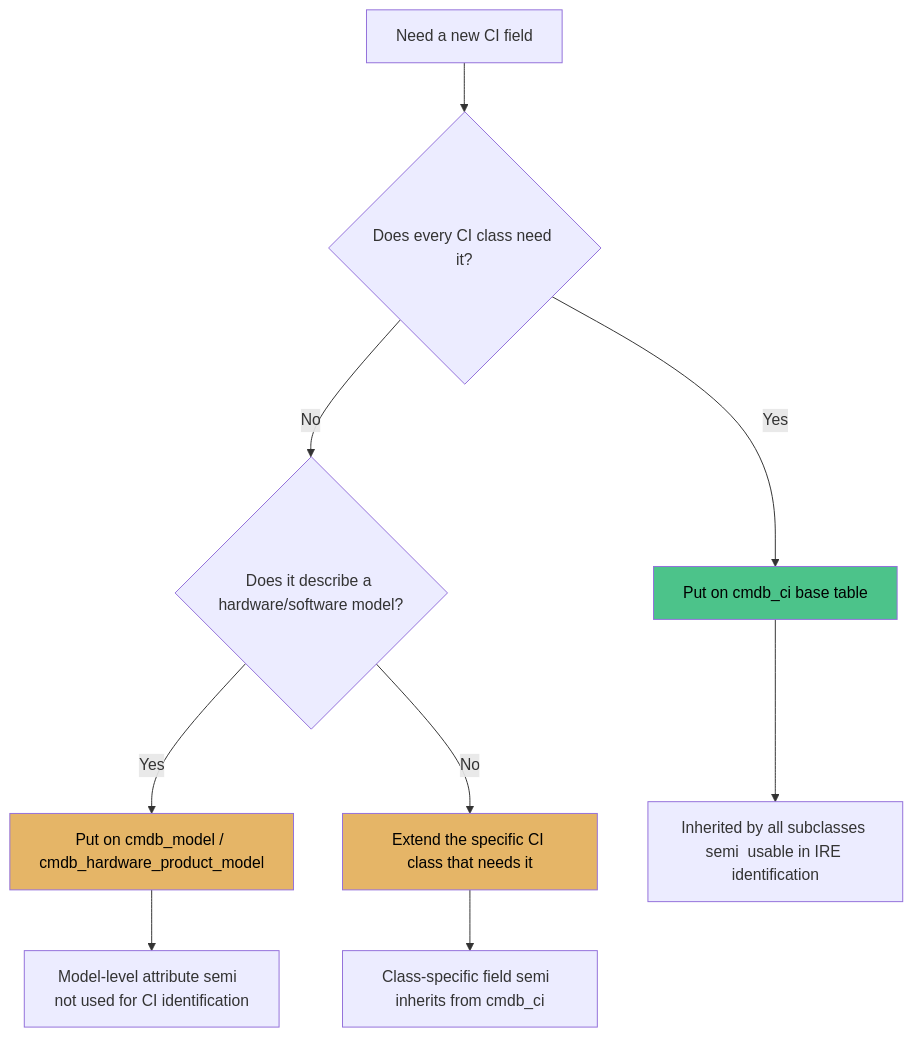
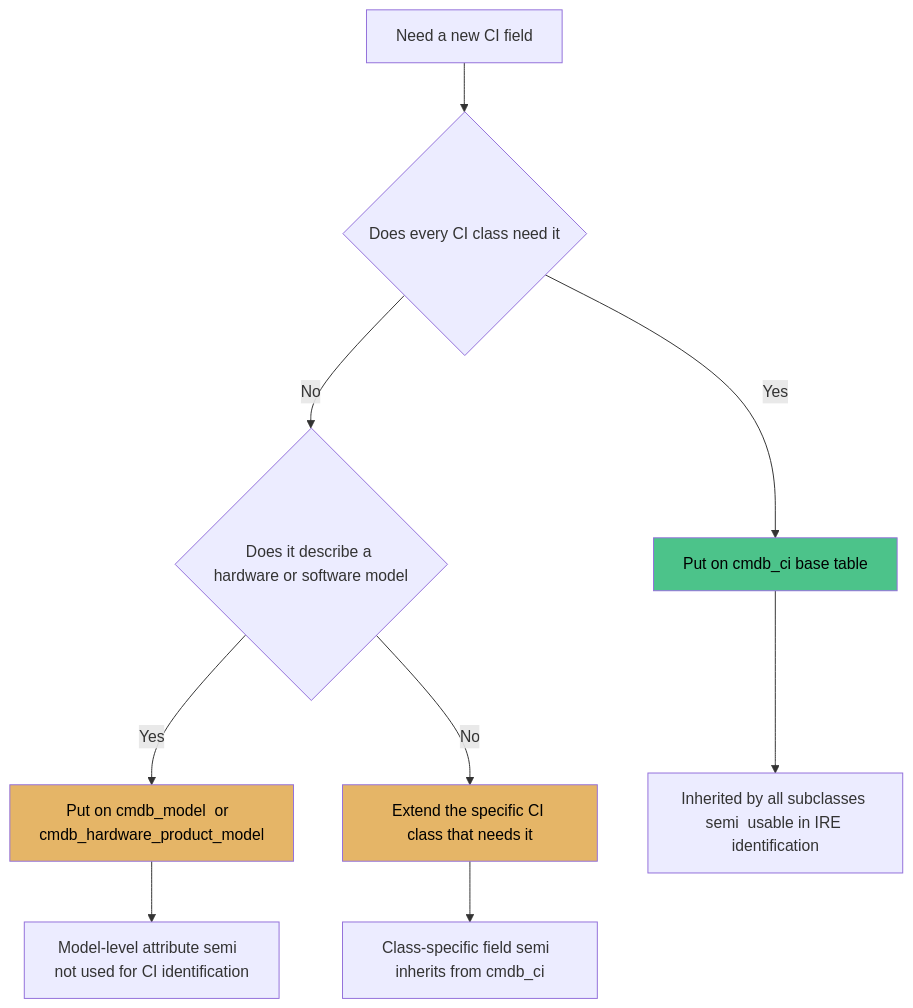
Before and after one commit to eltonaguiar/ServiceNow_Learning_TSOM-_CSM_FSM_SalesCRM_HAM_ITSM: diagram 15 of 22 in docs/modules/cmdb/cmdb-guide.md, drawn with Mermaid. The commit also changed other lines of this file and 19 other files, not shown here.

First line of the commit message:
Fix Mermaid diagram syntax errors - replace problematic chars in text content only

````diff
--- a/docs/modules/cmdb/cmdb-guide.md
+++ b/docs/modules/cmdb/cmdb-guide.md
@@ -2078,15 +2078,15 @@
 ```mermaid
 flowchart TD
-    A[Need a new CI field] --> B{Does every CI class need it?}
+    A[Need a new CI field] --> B{Does every CI class need it}
     B -->|Yes| C[Put on cmdb_ci base table]
-    B -->|No| D{Does it describe a hardware/software model?}
-    D -->|Yes| E[Put on cmdb_model / cmdb_hardware_product_model]
+    B -->|No| D{Does it describe a hardware or software model}
+    D -->|Yes| E[Put on cmdb_model  or  cmdb_hardware_product_model]
     D -->|No| F[Extend the specific CI class that needs it]
     C --> G[Inherited by all subclasses semi  usable in IRE identification]
     E --> H[Model-level attribute semi  not used for CI identification]
     F --> I[Class-specific field semi  inherits from cmdb_ci]
     style C fill:#4cc38a,color:#000
     style E fill:#e5b567,color:#000
     style F fill:#e5b567,color:#000
 
 ```
````
